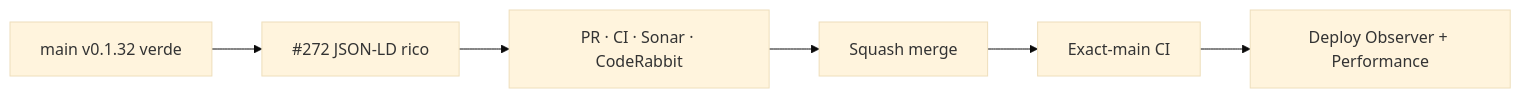
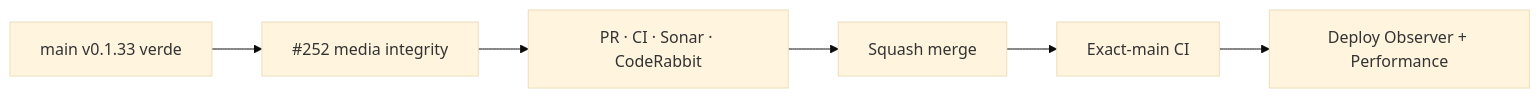
The diagram in README.md (pl0n3r/brvtal), drawn with Mermaid (base theme) before and after one commit. The commit also changed other lines of this file and 11 other files, not shown here.

````diff
--- a/README.md
+++ b/README.md
@@ -48,8 +49,8 @@
 ```mermaid
 flowchart LR
- B["main v0.1.32 verde"] --> S["#272 JSON-LD rico"]
+ B["main v0.1.33 verde"] --> S["#252 media integrity"]
  S --> P["PR · CI · Sonar · CodeRabbit"]
  P --> M["Squash merge"]
  M --> X["Exact-main CI"]
  X --> D["Deploy Observer + Performance"]
 ```
````
